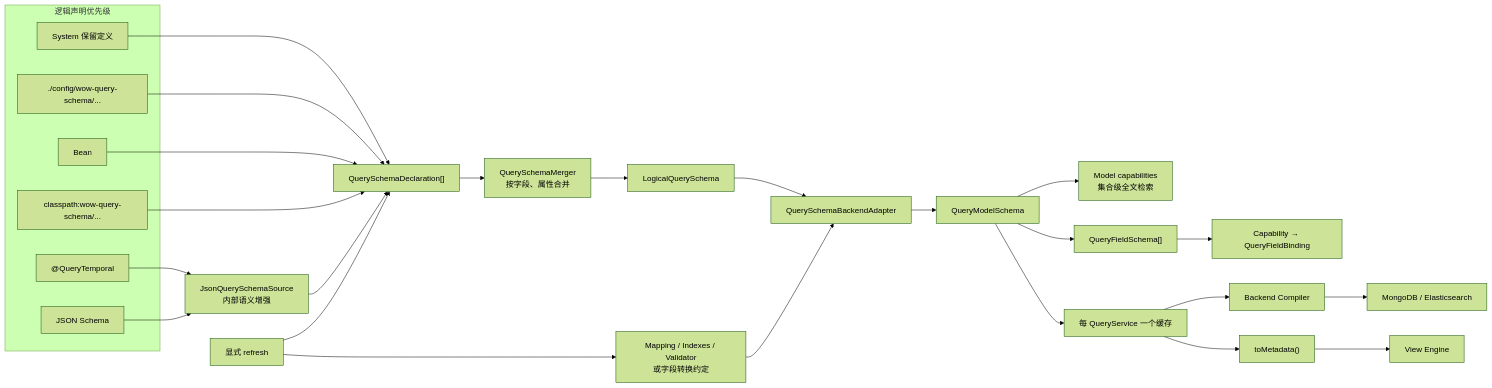
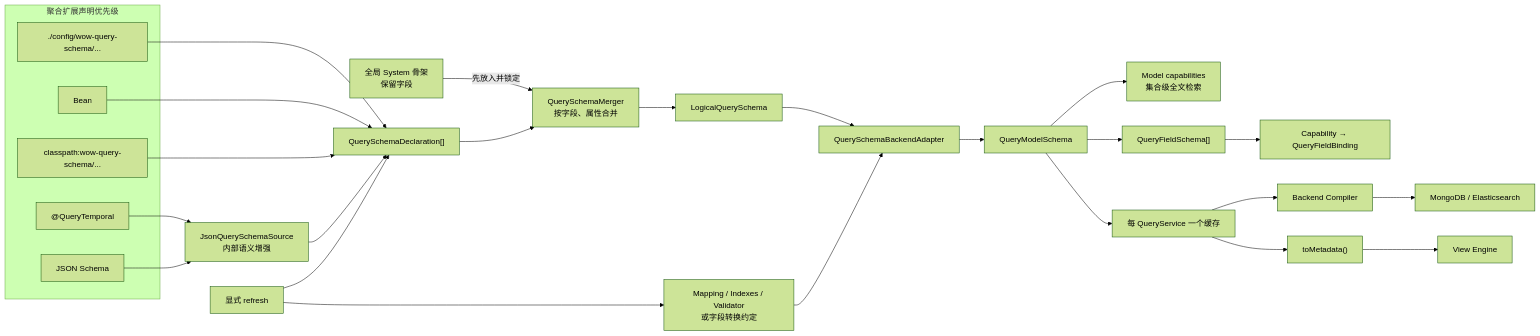
The second of 4 diagrams in docs/superpowers/specs/2026-08-26-query-model-schema-design.md (Ahoo-Wang/Wow), drawn with Mermaid (forest theme) before and after one commit. The commit also changed other lines of this file, not shown here.

Commit message:
docs(query): define global system schema skeleton

````diff
--- a/docs/superpowers/specs/2026-08-26-query-model-schema-design.md
+++ b/docs/superpowers/specs/2026-08-26-query-model-schema-design.md
@@ -868,40 +876,41 @@
 ```mermaid
 flowchart LR
-    subgraph Priority["逻辑声明优先级"]
-        S1["System 保留定义"]
+    System["全局 System 骨架<br/>保留字段"]
+
+    subgraph Priority["聚合扩展声明优先级"]
         S2["./config/wow-query-schema/..."]
         S3["Bean"]
         S4["classpath:wow-query-schema/..."]
         S5["@QueryTemporal"]
         S6["JSON Schema"]
     end
 
-    S1 --> Declarations["QuerySchemaDeclaration[]"]
-    S2 --> Declarations
+    S2 --> Declarations["QuerySchemaDeclaration[]"]
     S3 --> Declarations
     S4 --> Declarations
     S5 --> JsonSource["JsonQuerySchemaSource<br/>内部语义增强"]
     S6 --> JsonSource
     JsonSource --> Declarations
 
-    Declarations --> Merge["QuerySchemaMerger<br/>按字段、属性合并"]
+    System -->|先放入并锁定| Merge["QuerySchemaMerger<br/>按字段、属性合并"]
+    Declarations --> Merge
     Merge --> Logical["LogicalQuerySchema"]
 
     Logical --> Adapter["QuerySchemaBackendAdapter"]
     BackendFacts["Mapping / Indexes / Validator<br/>或字段转换约定"] --> Adapter
 
     Adapter --> Schema["QueryModelSchema"]
     Schema --> ModelCapabilities["Model capabilities<br/>集合级全文检索"]
     Schema --> Fields["QueryFieldSchema[]"]
     Fields --> FieldBindings["Capability → QueryFieldBinding"]
 
     Schema --> Cache["每 QueryService 一个缓存"]
     Cache --> Compiler["Backend Compiler"]
     Cache --> MetadataProjection["toMetadata()"]
 
     Compiler --> Backend["MongoDB / Elasticsearch"]
     MetadataProjection --> ViewEngine["View Engine"]
 
     Refresh["显式 refresh"] --> Declarations
     Refresh --> BackendFacts
 ```
````
